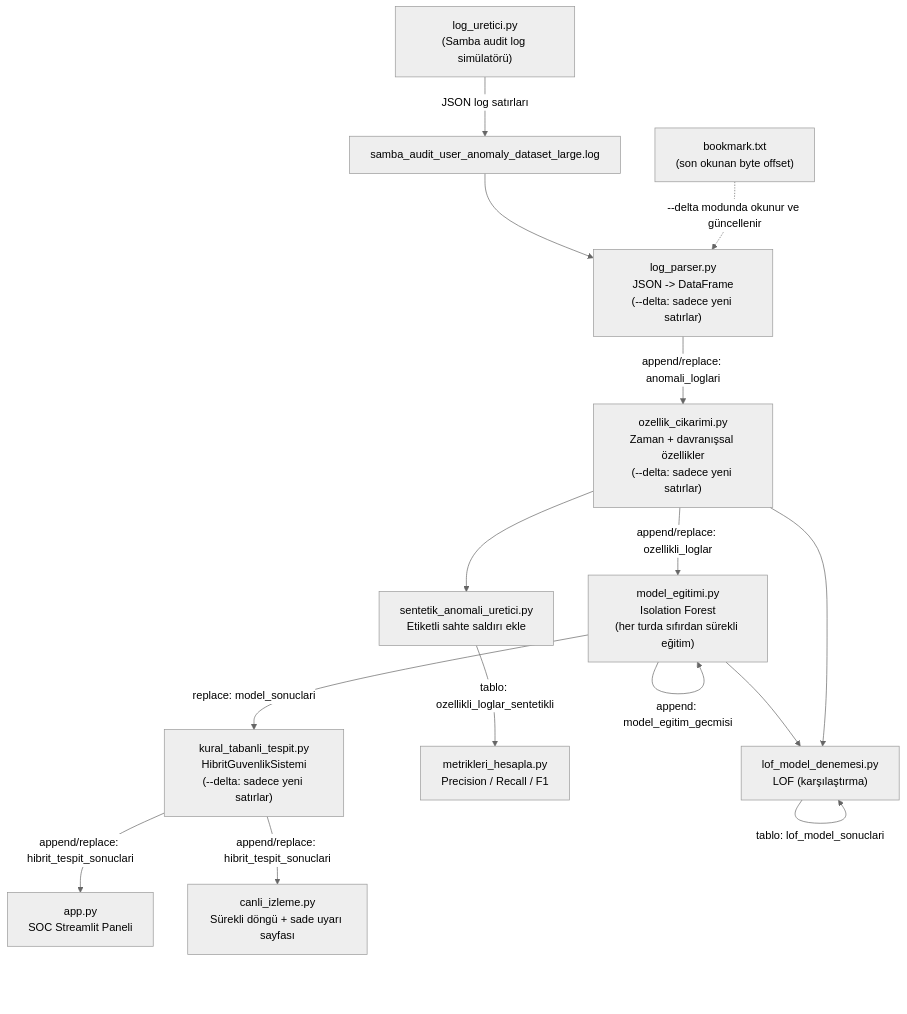
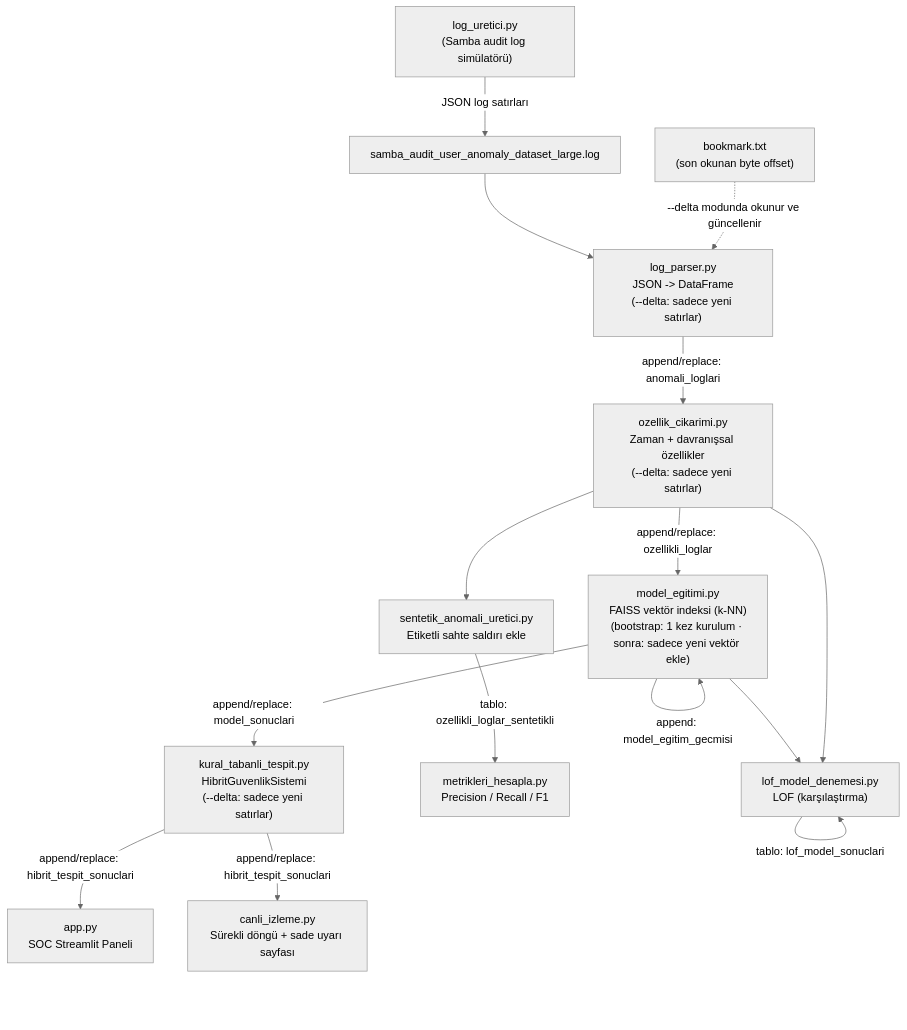
Before and after one commit to dila0704/Anomali_Tespit: the diagram in README.md, drawn with Mermaid (neutral theme). The commit also changed other lines of this file and 8 other files, not shown here.

````diff
--- a/README.md
+++ b/README.md
@@ -40,19 +40,19 @@
 ```mermaid
 flowchart TD
     A["log_uretici.py\n(Samba audit log simülatörü)"] -->|"JSON log satırları"| B["samba_audit_user_anomaly_dataset_large.log"]
     BM["bookmark.txt\n(son okunan byte offset)"] -.->|"--delta modunda okunur ve güncellenir"| C
     B --> C["log_parser.py\nJSON -> DataFrame\n(--delta: sadece yeni satırlar)"]
     C -->|"append/replace: anomali_loglari"| D["ozellik_cikarimi.py\nZaman + davranışsal özellikler\n(--delta: sadece yeni satırlar)"]
-    D -->|"append/replace: ozellikli_loglar"| E["model_egitimi.py\nIsolation Forest\n(her turda sıfırdan sürekli eğitim)"]
-    E -->|"replace: model_sonuclari"| F["kural_tabanli_tespit.py\nHibritGuvenlikSistemi\n(--delta: sadece yeni satırlar)"]
+    D -->|"append/replace: ozellikli_loglar"| E["model_egitimi.py\nFAISS vektör indeksi (k-NN)\n(bootstrap: 1 kez kurulum · sonra: sadece yeni vektör ekle)"]
+    E -->|"append/replace: model_sonuclari"| F["kural_tabanli_tespit.py\nHibritGuvenlikSistemi\n(--delta: sadece yeni satırlar)"]
     F -->|"append/replace: hibrit_tespit_sonuclari"| G["app.py\nSOC Streamlit Paneli"]
     F -->|"append/replace: hibrit_tespit_sonuclari"| G2["canli_izleme.py\nSürekli döngü + sade uyarı sayfası"]
     E -->|"append: model_egitim_gecmisi"| E
 
     D --> H["lof_model_denemesi.py\nLOF (karşılaştırma)"]
     E --> H
     H -->|"tablo: lof_model_sonuclari"| H
 
     D --> I["sentetik_anomali_uretici.py\nEtiketli sahte saldırı ekle"]
     I -->|"tablo: ozellikli_loglar_sentetikli"| J["metrikleri_hesapla.py\nPrecision / Recall / F1"]
 ```
````
